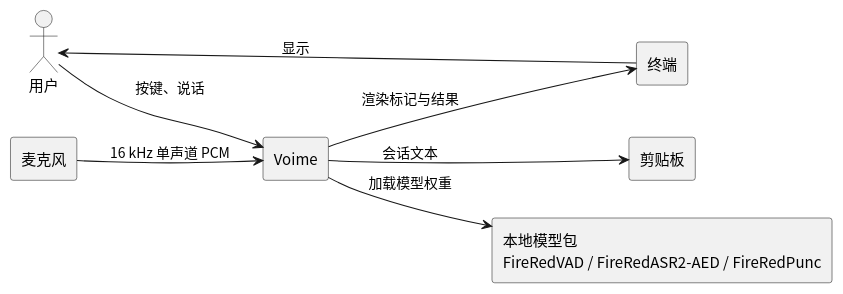
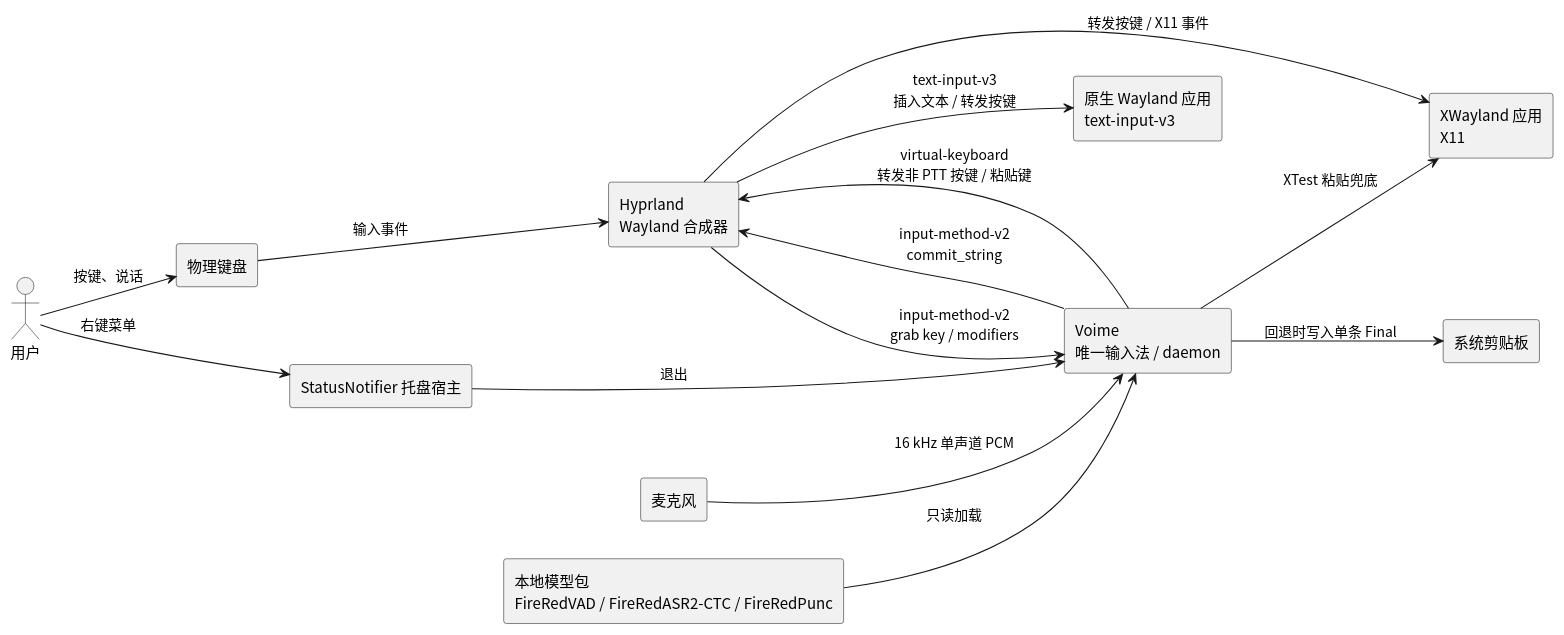
Before and after one commit to 54m43lJ/voime: the diagram in diagram/general-architecture.puml, drawn with PlantUML. The commit also changed 33 other files, not shown here.

Commit message:
docs: 按 input-method-v2 提案改造项目文档

```diff
--- a/diagram/general-architecture.puml
+++ b/diagram/general-architecture.puml
@@ -1,20 +1,31 @@
 @startuml
 skinparam defaultFontName "Noto Sans CJK SC"
 skinparam shadowing false
 skinparam componentStyle rectangle
 left to right direction
 
 actor "用户" as User
-component "Voime" as App
+component "物理键盘" as Keyboard
+component "Hyprland\nWayland 合成器" as Hyprland
+component "Voime\n唯一输入法 / daemon" as Voime
+component "原生 Wayland 应用\ntext-input-v3" as WaylandApp
+component "XWayland 应用\nX11" as XApp
 component "麦克风" as Mic
-component "终端" as Term
-component "剪贴板" as Clip
-component "本地模型包\nFireRedVAD / FireRedASR2-AED / FireRedPunc" as Models
+component "本地模型包\nFireRedVAD / FireRedASR2-CTC / FireRedPunc" as Models
+component "系统剪贴板" as Clip
+component "StatusNotifier 托盘宿主" as Tray
 
-User --> App : 按键、说话
-App --> Term : 渲染标记与结果
-Term --> User : 显示
-Mic --> App : 16 kHz 单声道 PCM
-App --> Clip : 会话文本
-App --> Models : 加载模型权重
+User --> Keyboard : 按键、说话
+Keyboard --> Hyprland : 输入事件
+Hyprland --> Voime : input-method-v2\ngrab key / modifiers
+Voime --> Hyprland : virtual-keyboard\n转发非 PTT 按键 / 粘贴键
+Voime --> Hyprland : input-method-v2\ncommit_string
+Hyprland --> WaylandApp : text-input-v3\n插入文本 / 转发按键
+Hyprland --> XApp : 转发按键 / X11 事件
+Voime --> Clip : 回退时写入单条 Final
+Voime --> XApp : XTest 粘贴兜底
+Mic --> Voime : 16 kHz 单声道 PCM
+Models --> Voime : 只读加载
+Tray --> Voime : 退出
+User --> Tray : 右键菜单
 @enduml
```
